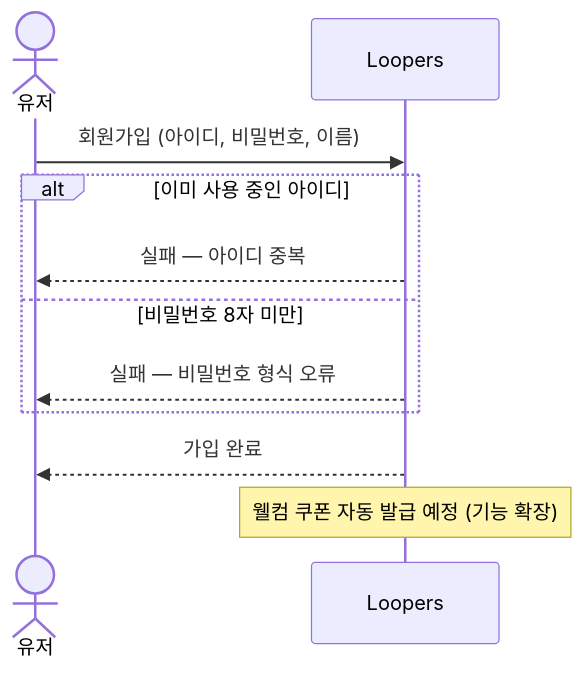
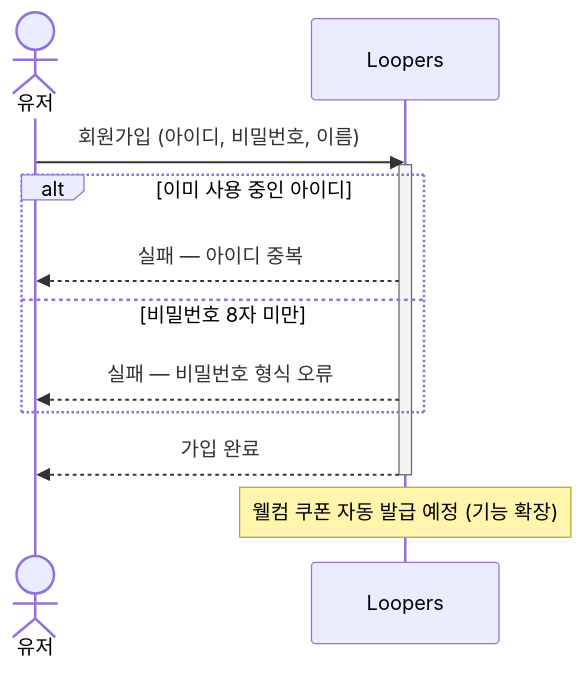
Before and after one commit to loopers-labs/loop-pack-be-l2-vol4-java: the first of 8 diagrams in .docs/design/02-sequence-diagrams-overview.md, drawn with Mermaid. The commit also changed other lines of this file and 5 other files, not shown here.

````diff
--- a/.docs/design/02-sequence-diagrams-overview.md
+++ b/.docs/design/02-sequence-diagrams-overview.md
@@ -24,16 +24,18 @@
 ```mermaid
 sequenceDiagram
     actor 유저
     participant 서비스 as Loopers
 
     유저->>서비스: 회원가입 (아이디, 비밀번호, 이름)
+    activate 서비스
 
     alt 이미 사용 중인 아이디
         서비스-->>유저: 실패 — 아이디 중복
     else 비밀번호 8자 미만
         서비스-->>유저: 실패 — 비밀번호 형식 오류
     end
 
     서비스-->>유저: 가입 완료
+    deactivate 서비스
     Note over 서비스: 웰컴 쿠폰 자동 발급 예정 (기능 확장)
 ```
````
